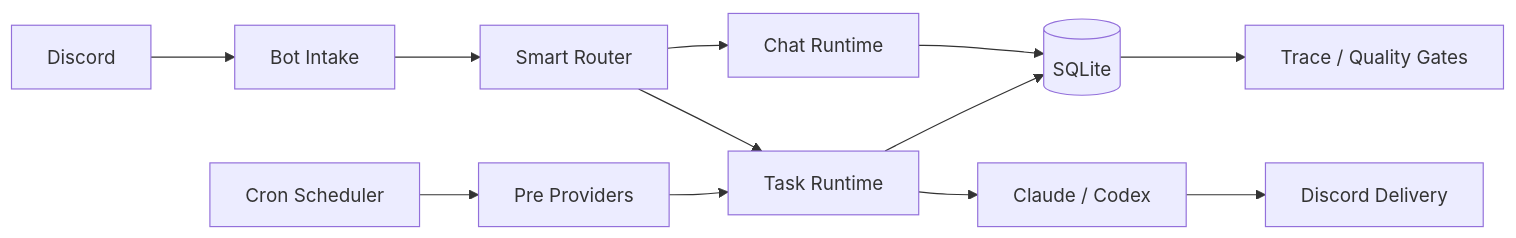
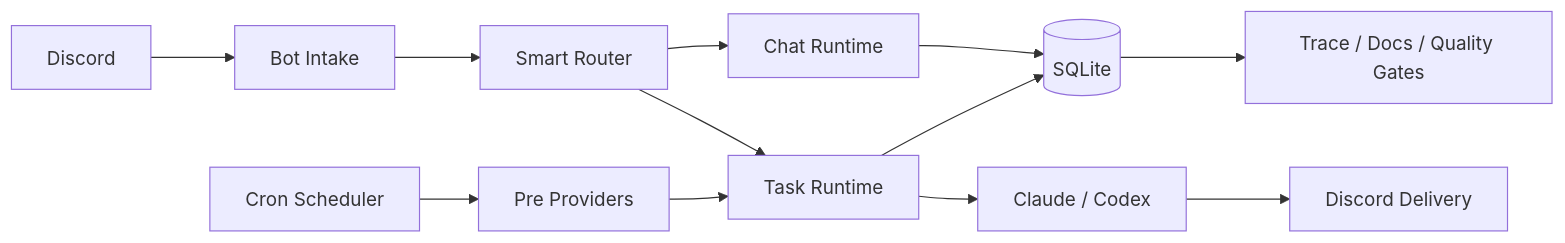
One commit to yuanyunfan/miniclaw changed the first of 2 diagrams in website/en/index.md. Above: the diagram before and after it, drawn with Mermaid. The commit also changed other lines of this file and 90 other files, not shown here.

````diff
--- a/website/en/index.md
+++ b/website/en/index.md
@@ -24,14 +24,14 @@
 ```mermaid
 flowchart LR
   Discord[Discord] --> Intake[Bot Intake]
   Intake --> Router[Smart Router]
   Router --> Chat[Chat Runtime]
   Router --> Task[Task Runtime]
   Cron[Cron Scheduler] --> Providers[Pre Providers]
   Providers --> Task
   Task --> Agents[Claude / Codex]
   Chat --> Store[(SQLite)]
   Task --> Store
   Agents --> Delivery[Discord Delivery]
-  Store --> Quality[Trace / Quality Gates]
+  Store --> Quality[Trace / Docs / Quality Gates]
 ```
````
